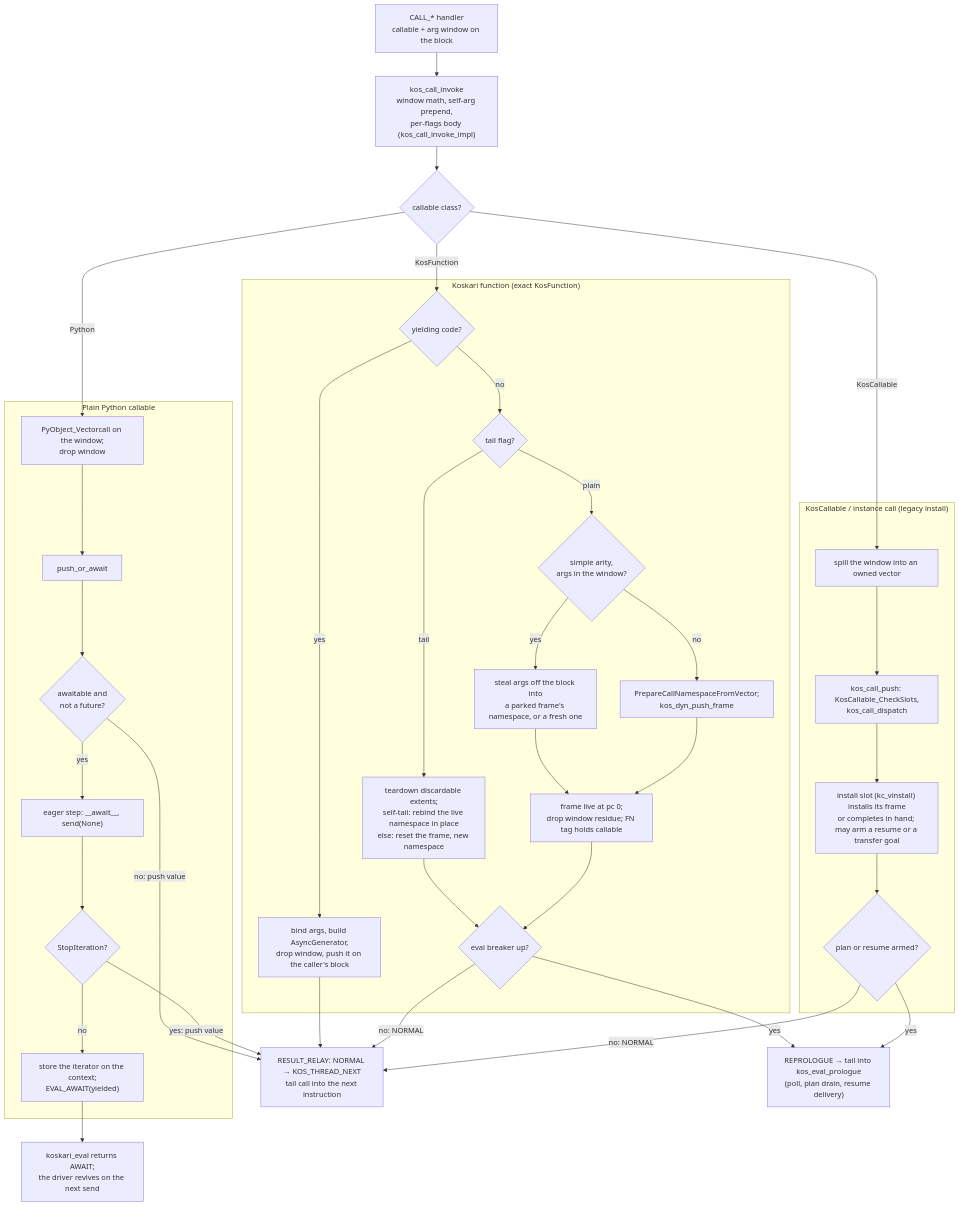
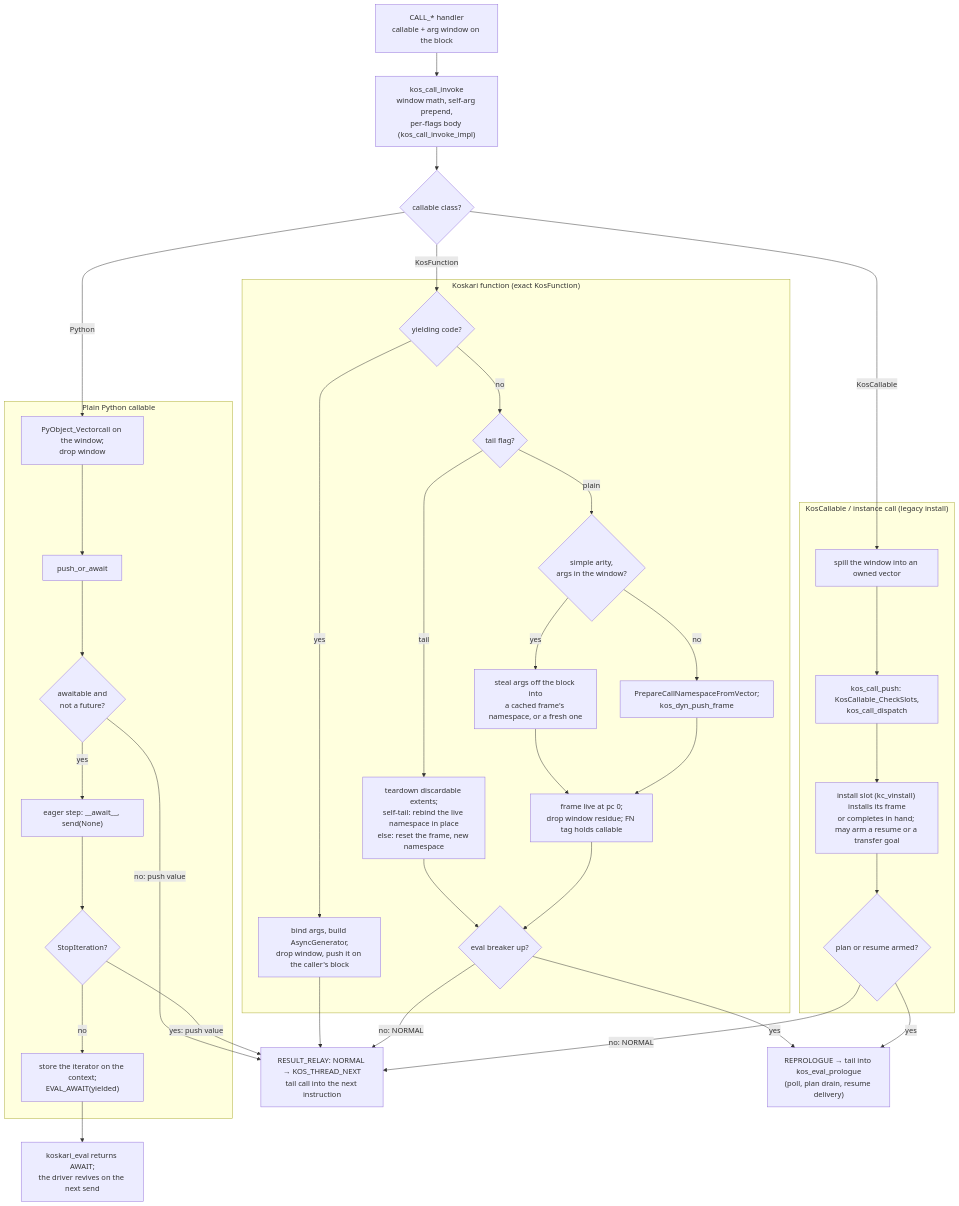
Diagram 11 of 12 in design/EVALUATOR.md (koskari-lang/koskari), drawn with Mermaid before and after one commit. The commit also changed other lines of this file and 31 other files, not shown here.

````diff
--- a/design/EVALUATOR.md
+++ b/design/EVALUATOR.md
@@ -1170,60 +1170,60 @@
 ```mermaid
 flowchart TD
     op["CALL_* handler<br/>callable + arg window on the block"]
     inv["kos_call_invoke<br/>window math, self-arg prepend,<br/>per-flags body (kos_call_invoke_impl)"]
     cls{"callable class?"}
 
     subgraph kos["Koskari function (exact KosFunction)"]
         gen{"yielding code?"}
         agen["bind args, build AsyncGenerator,<br/>drop window, push it on the caller's block"]
         arity{"tail flag?"}
         tail["teardown discardable extents;<br/>self-tail: rebind the live namespace in place<br/>else: reset the frame, new namespace"]
         simple{"simple arity,<br/>args in the window?"}
-        steal["steal args off the block into<br/>a parked frame's namespace, or a fresh one"]
+        steal["steal args off the block into<br/>a cached frame's namespace, or a fresh one"]
         general["PrepareCallNamespaceFromVector;<br/>kos_dyn_push_frame"]
         inst["frame live at pc 0;<br/>drop window residue; FN tag holds callable"]
         coop{"eval breaker up?"}
     end
 
     subgraph py["Plain Python callable"]
         vc["PyObject_Vectorcall on the window;<br/>drop window"]
         poa["push_or_await"]
         aw{"awaitable and<br/>not a future?"}
         eager["eager step: __await__, send(None)"]
         done{"StopIteration?"}
         susp["store the iterator on the context;<br/>EVAL_AWAIT(yielded)"]
     end
 
     subgraph legacy["KosCallable / instance call (legacy install)"]
         spill["spill the window into an owned vector"]
         kcall["kos_call_push: KosCallable_CheckSlots,<br/>kos_call_dispatch"]
         slot["install slot (kc_vinstall) installs its frame<br/>or completes in hand; may arm a resume or a transfer goal"]
         armed{"plan or resume armed?"}
     end
 
     relay["RESULT_RELAY: NORMAL → KOS_THREAD_NEXT<br/>tail call into the next instruction"]
     repro["REPROLOGUE → tail into kos_eval_prologue<br/>(poll, plan drain, resume delivery)"]
     exit["koskari_eval returns AWAIT;<br/>the driver revives on the next send"]
 
     op --> inv --> cls
     cls -->|KosFunction| gen
     gen -->|yes| agen --> relay
     gen -->|no| arity
     arity -->|tail| tail --> coop
     arity -->|plain| simple
     simple -->|yes| steal --> inst
     simple -->|no| general --> inst
     inst --> coop
     coop -->|no: NORMAL| relay
     coop -->|yes| repro
 
     cls -->|Python| vc --> poa --> aw
     aw -->|no: push value| relay
     aw -->|yes| eager --> done
     done -->|yes: push value| relay
     done -->|no| susp --> exit
 
     cls -->|KosCallable| spill --> kcall --> slot --> armed
     armed -->|no: NORMAL| relay
     armed -->|yes| repro
 ```
````
